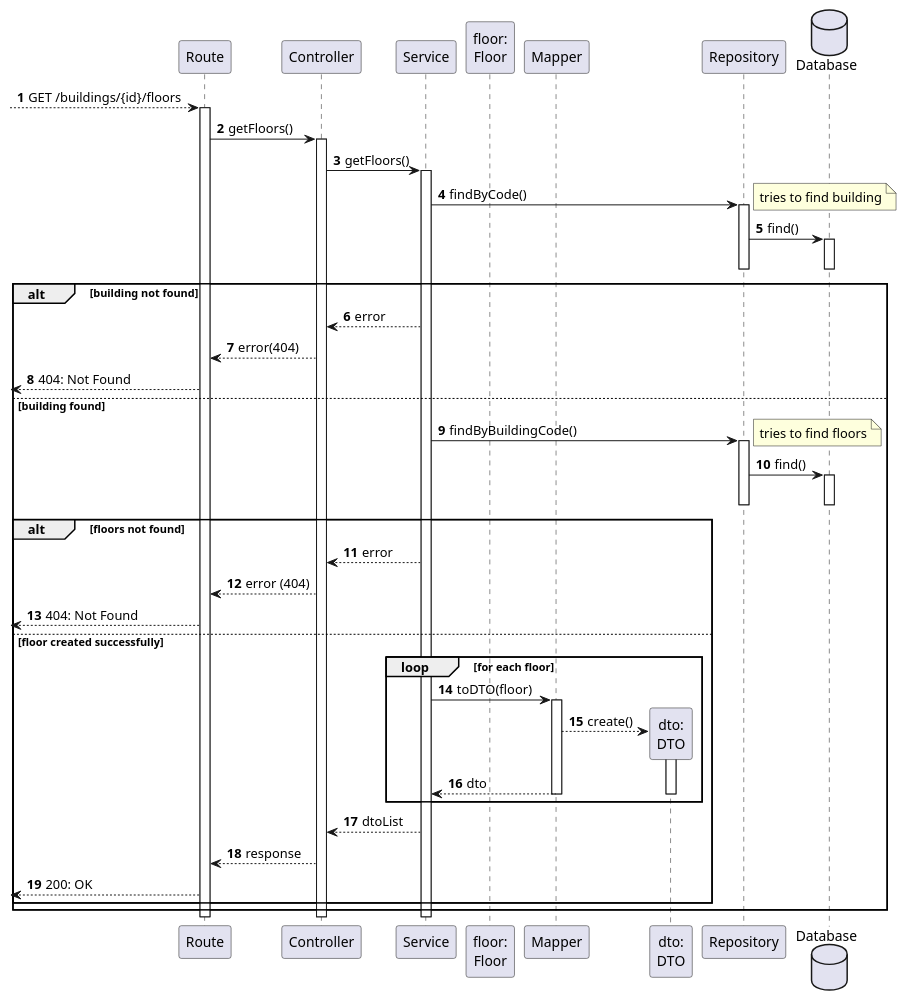
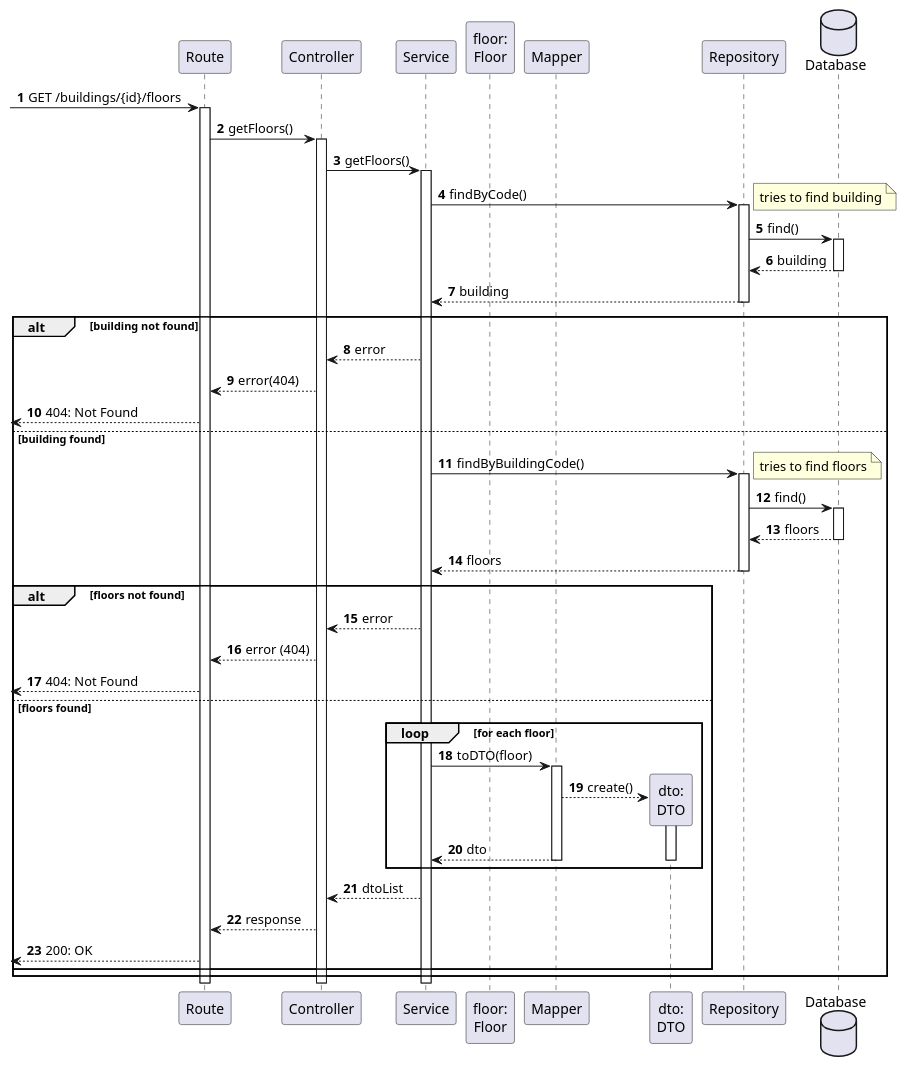
Before and after one commit to Departamento-de-Engenharia-Informatica/lapr5-23-24-g19: the diagram in docs/us210/level3/process-view.puml, drawn with PlantUML. The commit also changed 1 other file, not shown here.

```diff
--- a/docs/us210/level3/process-view.puml
+++ b/docs/us210/level3/process-view.puml
@@ -1,68 +1,72 @@
 @startuml
 autonumber
 
 participant "Route" as r
 participant "Controller" as ctrl
 participant "Service" as svc
 
 participant "floor:\nFloor" as floor
 participant "Mapper" as map
 participant "dto:\nDTO" as dto
 
 participant "Repository" as repo
 database "Database" as db
 
-[--> r: GET /buildings/{id}/floors
+[-> r: GET /buildings/{id}/floors
 activate r
     r -> ctrl : getFloors()
     activate ctrl
         ctrl -> svc : getFloors()
         activate svc
             svc -> repo : findByCode()
             note right : tries to find building
             activate repo
                 repo -> db : find()
                 activate db
+                    db --> repo : building
                 deactivate db
+                repo --> svc : building
             deactivate repo
 
             alt building not found
                 svc --> ctrl : error
                 ctrl --> r : error(404)
                 [<-- r : 404: Not Found
             else building found
                 svc -> repo : findByBuildingCode()
                 note right : tries to find floors
                 activate repo
                     repo -> db : find()
                     activate db
+                        db --> repo : floors
                     deactivate db
+                    repo --> svc : floors
                 deactivate repo
 
                 alt floors not found
                     svc --> ctrl : error
                     ctrl --> r : error (404)
                     [<-- r : 404: Not Found
-                else floor created successfully
+                else floors found
 
                 loop for each floor
                     svc -> map : toDTO(floor)
 
                     activate map
                         map --> dto** : create()
                         activate dto
                             map --> svc : dto
                         deactivate dto
                     deactivate map
                 end loop
 
                     svc --> ctrl : dtoList
                     ctrl --> r : response
                     [<-- r : 200: OK
                 end
             end
         deactivate svc
     deactivate ctrl
 deactivate r
 
 @enduml
```
